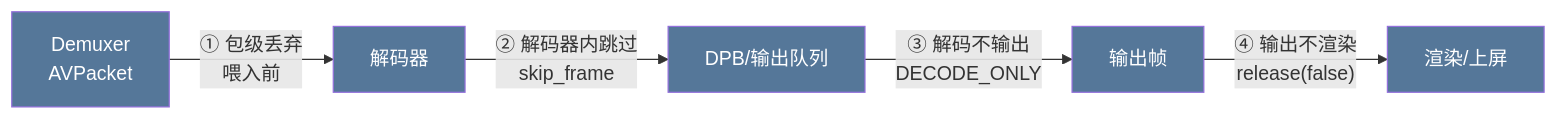
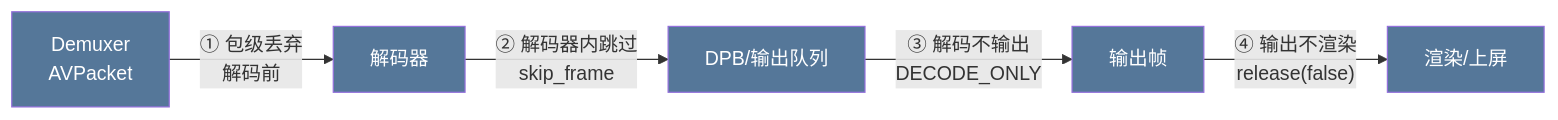
Before and after one commit to ltlovezh/FFmpeg: the fourth of 6 diagrams in articles/seek-nonref-frame-dropping.md, drawn with Mermaid. The commit also changed other lines of this file and 1 other file, not shown here.

````diff
--- a/articles/seek-nonref-frame-dropping.md
+++ b/articles/seek-nonref-frame-dropping.md
@@ -434,13 +434,13 @@
 ```mermaid
 flowchart LR
-    DMX["Demuxer<br/>AVPacket"] -->|"① 包级丢弃<br/>喂入前"| DEC["解码器"]
+    DMX["Demuxer<br/>AVPacket"] -->|"① 包级丢弃<br/>解码前"| DEC["解码器"]
     DEC -->|"② 解码器内跳过<br/>skip_frame"| DPB["DPB/输出队列"]
     DPB -->|"③ 解码不输出<br/>DECODE_ONLY"| OUT["输出帧"]
     OUT -->|"④ 输出不渲染<br/>release(false)"| RND["渲染/上屏"]
 
     style DMX fill:#579,color:#fff
     style DEC fill:#579,color:#fff
     style DPB fill:#579,color:#fff
     style OUT fill:#579,color:#fff
     style RND fill:#579,color:#fff
 ```
````
